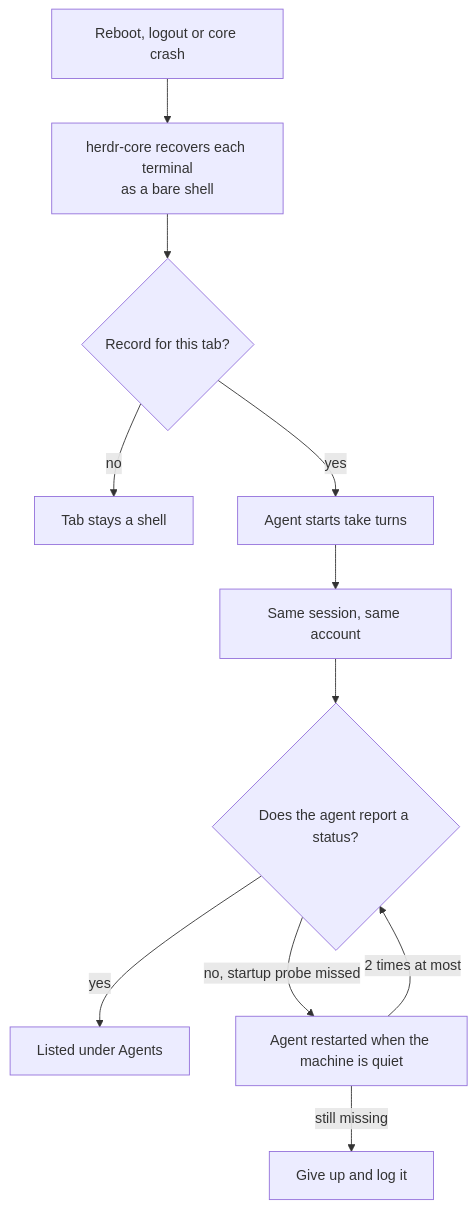
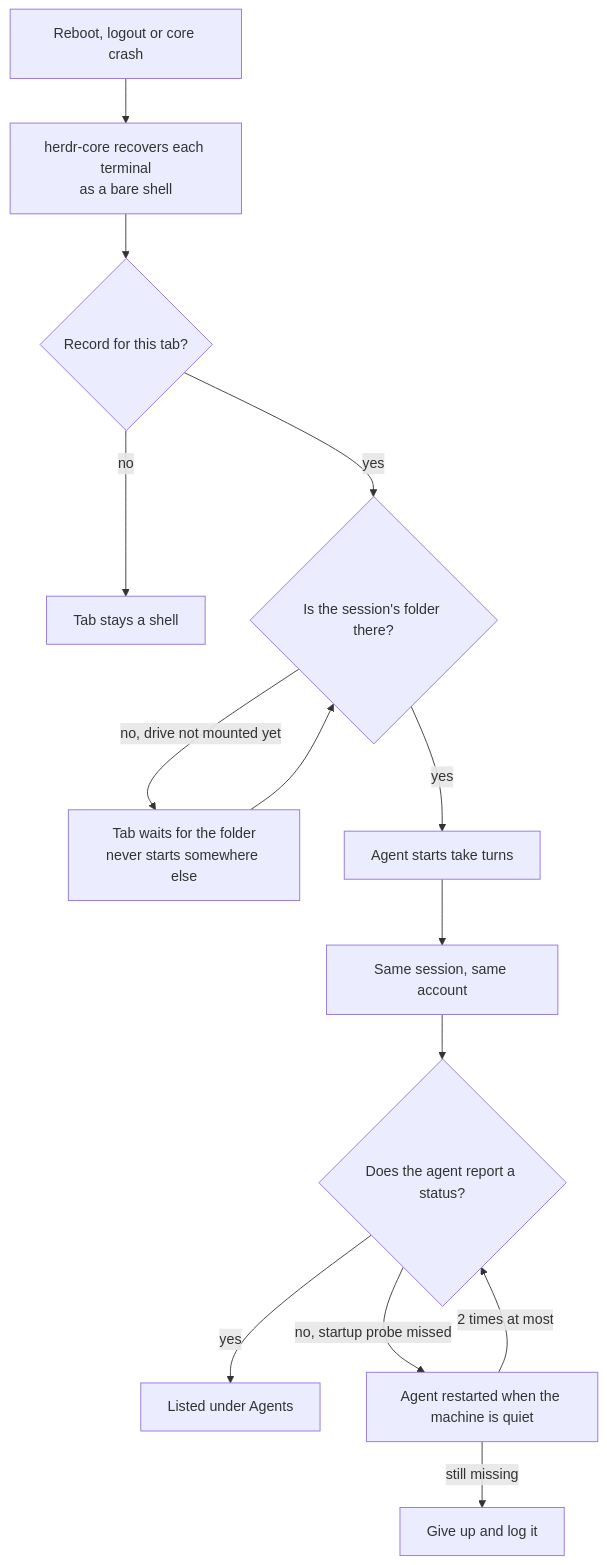
One commit to thuongtin/herdr-agents-field-guide changed the first of 2 diagrams in README.en.md. Above: the diagram before and after it, drawn with Mermaid. The commit also changed other lines of this file and 7 other files, not shown here.

First line of the commit message:
fix: wait for a missing session folder instead of starting elsewhere

````diff
--- a/README.en.md
+++ b/README.en.md
@@ -21,13 +22,16 @@
 ```mermaid
 flowchart TD
     A["Reboot, logout or core crash"] --> B["herdr-core recovers each terminal<br/>as a bare shell"]
     B --> C{"Record for this tab?"}
     C -- "no" --> S["Tab stays a shell"]
-    C -- "yes" --> D["Agent starts take turns"]
+    C -- "yes" --> K{"Is the session's folder there?"}
+    K -- "no, drive not mounted yet" --> W["Tab waits for the folder<br/>never starts somewhere else"]
+    W --> K
+    K -- "yes" --> D["Agent starts take turns"]
     D --> E["Same session, same account"]
     E --> F{"Does the agent report a status?"}
     F -- "yes" --> G["Listed under Agents"]
     F -- "no, startup probe missed" --> H["Agent restarted when the machine is quiet"]
     H -- "2 times at most" --> F
     H -- "still missing" --> I["Give up and log it"]
 ```
````
